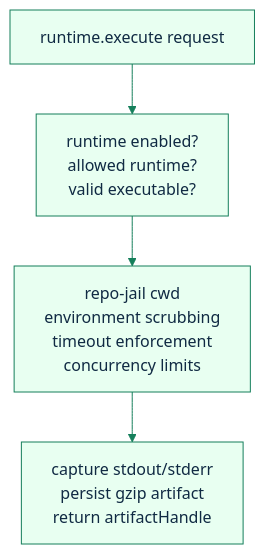
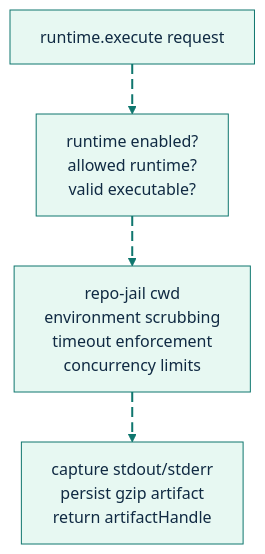
Diagram 12 of 14 in docs/architecture.md (GlitterKill/sdl-mcp), drawn with Mermaid before and after one commit. The commit also changed other lines of this file and 33 other files, not shown here.

First line of the commit message:
docs: update mermaid diagram themes and styling across documentation

````diff
--- a/docs/architecture.md
+++ b/docs/architecture.md
@@ -464,10 +575,21 @@
 ```mermaid
-%%{init: {"theme":"base","themeVariables":{"primaryColor":"#e8fff1","primaryBorderColor":"#157f5b","primaryTextColor":"#102a43","secondaryColor":"#eef6ff","secondaryBorderColor":"#2563eb","tertiaryColor":"#fff4d6","tertiaryBorderColor":"#b45309","lineColor":"#157f5b","fontFamily":"Trebuchet MS, Arial"},"flowchart":{"curve":"basis"}}}%%
+%%{init: {"theme":"base","themeVariables":{"background":"#ffffff","primaryColor":"#E7F8F2","primaryBorderColor":"#0F766E","primaryTextColor":"#102A43","secondaryColor":"#E8F1FF","secondaryBorderColor":"#2563EB","secondaryTextColor":"#102A43","tertiaryColor":"#FFF4D6","tertiaryBorderColor":"#B45309","tertiaryTextColor":"#102A43","lineColor":"#0F766E","textColor":"#102A43","fontFamily":"Inter, ui-sans-serif, system-ui, -apple-system, BlinkMacSystemFont, Segoe UI, sans-serif"},"flowchart":{"curve":"basis","htmlLabels":true}}}%%
 flowchart TD
     Request["runtime.execute request"]
     Validate["runtime enabled?<br/>allowed runtime?<br/>valid executable?"]
     Sandbox["repo-jail cwd<br/>environment scrubbing<br/>timeout enforcement<br/>concurrency limits"]
     Capture["capture stdout/stderr<br/>persist gzip artifact<br/>return artifactHandle"]
 
-    Request --> Validate --> Sandbox --> Capture
+    Request e1@--> Validate
+    Validate e2@--> Sandbox
+    Sandbox e3@--> Capture
+
+    classDef source fill:#E7F8F2,stroke:#0F766E,stroke-width:2px,color:#102A43;
+    classDef process fill:#E8F1FF,stroke:#2563EB,stroke-width:2px,color:#102A43;
+    classDef decision fill:#FFF4D6,stroke:#B45309,stroke-width:2px,color:#102A43;
+    classDef storage fill:#F2E8FF,stroke:#7C3AED,stroke-width:2px,color:#102A43;
+    classDef output fill:#FFE8EF,stroke:#BE123C,stroke-width:2px,color:#102A43;
+    classDef muted fill:#F8FAFC,stroke:#64748B,stroke-width:1px,color:#102A43;
+    classDef animate stroke:#0F766E,stroke-width:2px,stroke-dasharray:10\,5,stroke-dashoffset:900,animation:dash 22s linear infinite;
+    class e1,e2,e3 animate;
 ```
````
